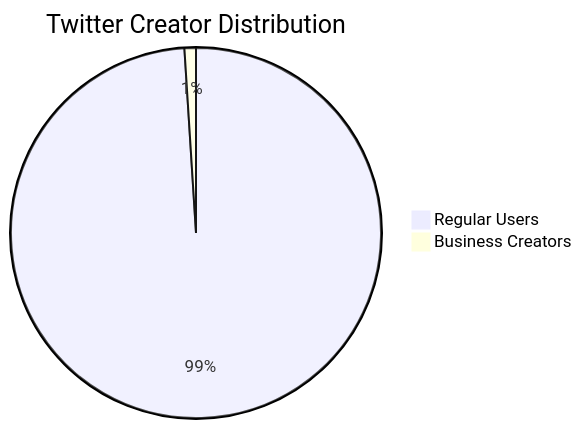
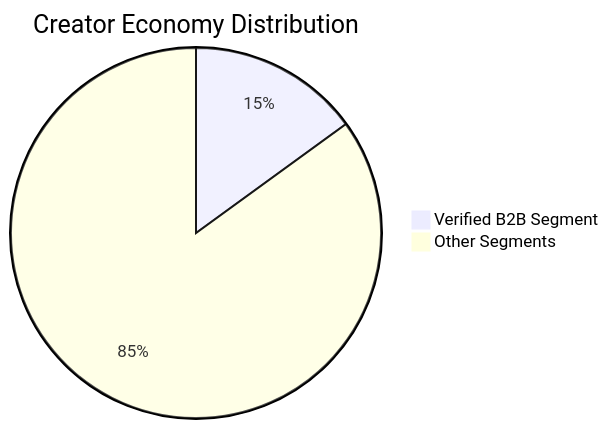
Before and after one commit to salahuddinfa/Dashboard_MSIT_New: the third of 4 diagrams in README.md, drawn with Mermaid. The commit also changed other lines of this file, not shown here.

````diff
--- a/README.md
+++ b/README.md
@@ -40,5 +53,5 @@
 ```mermaid
-pie title Twitter Creator Distribution
-    "Regular Users" : 445.5
-    "Business Creators" : 4.5
+pie title Creator Economy Distribution
+    "Verified B2B Segment" : 15
+    "Other Segments" : 85
 ```
````
